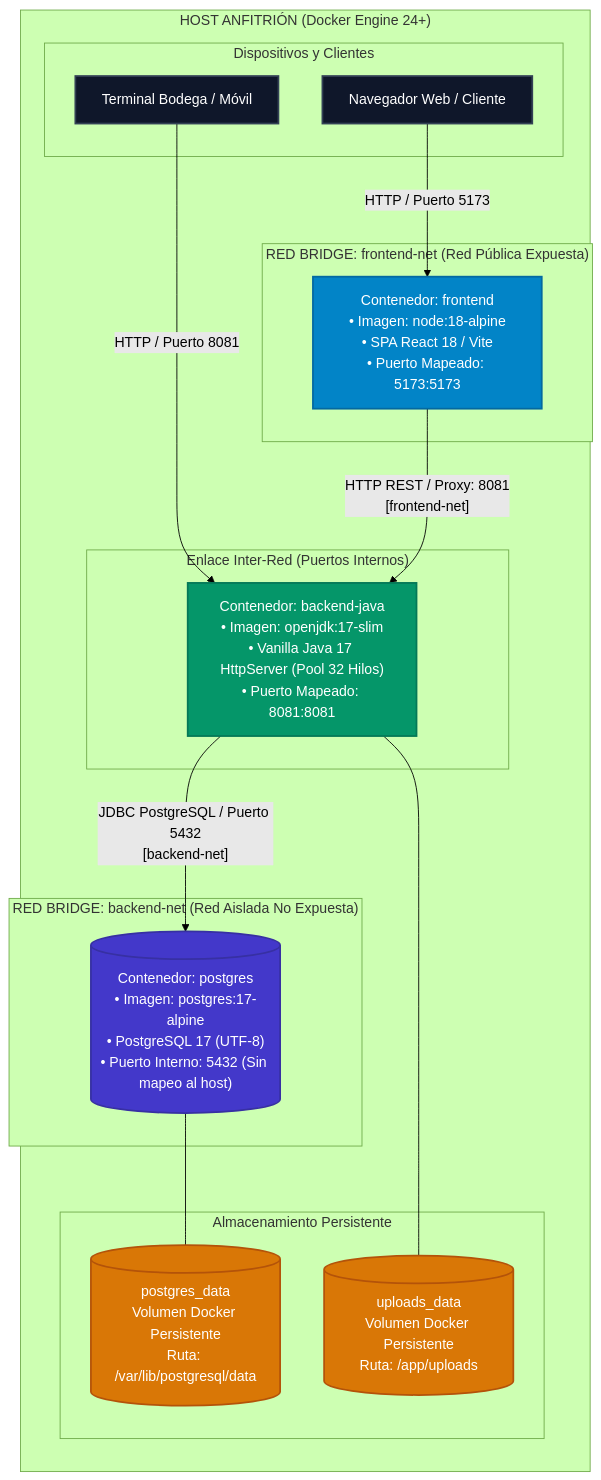
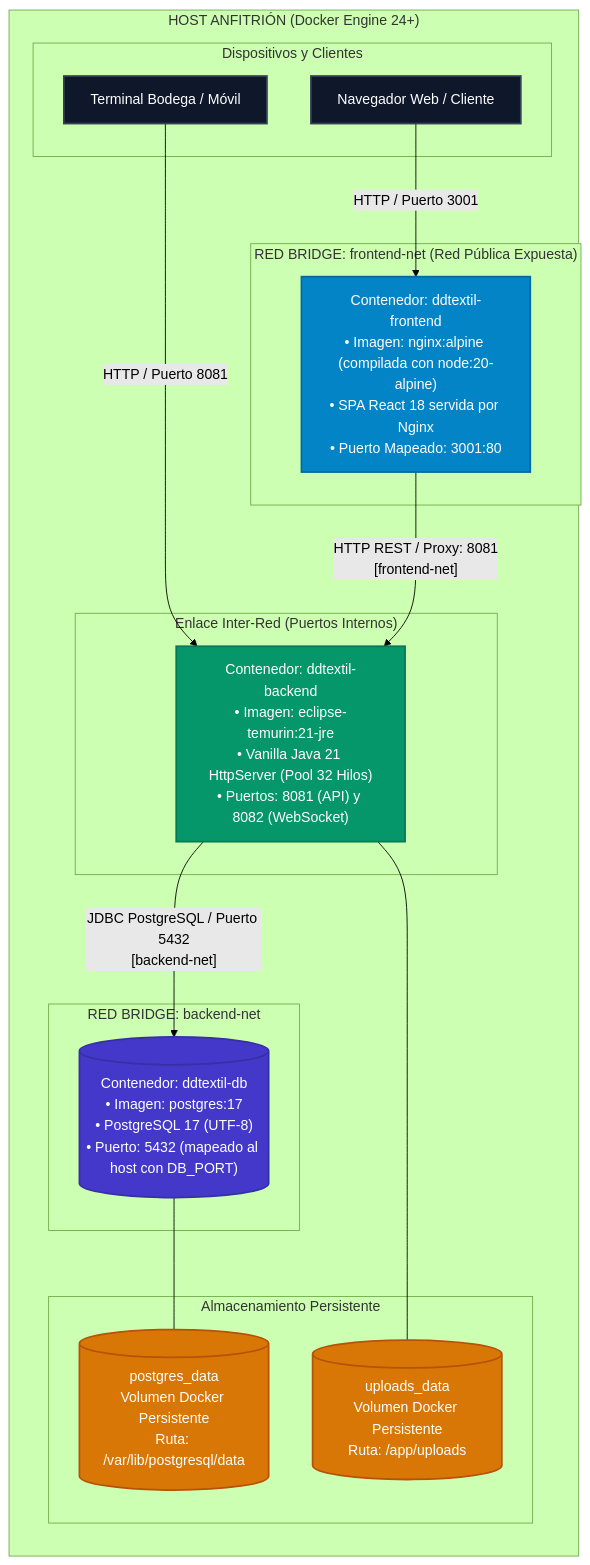
One commit to Jhonmoreno000/PROYECTO-SENA-TIENDA-TEXTIL- changed the diagram in documentacion/06-manual-tecnico-instalacion-y-despliegue.md. Above: the diagram before and after it, drawn with Mermaid (forest theme). The commit also changed other lines of this file and 55 other files, not shown here.

Commit message:
docs: rehacer documentacion, diagramas, contrato OpenAPI y matriz v3 segun el codigo de main (#39)

````diff
--- a/documentacion/06-manual-tecnico-instalacion-y-despliegue.md
+++ b/documentacion/06-manual-tecnico-instalacion-y-despliegue.md
@@ -42,43 +42,43 @@
 ```mermaid
 flowchart TD
     classDef hostStyle fill:#0f172a,stroke:#334155,stroke-width:2px,color:#ffffff,font-family:sans-serif;
     classDef frontStyle fill:#0284c7,stroke:#0369a1,stroke-width:2px,color:#ffffff,font-family:sans-serif;
     classDef backStyle fill:#059669,stroke:#047857,stroke-width:2px,color:#ffffff,font-family:sans-serif;
     classDef dbStyle fill:#4338ca,stroke:#3730a3,stroke-width:2px,color:#ffffff,font-family:sans-serif;
     classDef volStyle fill:#d97706,stroke:#b45309,stroke-width:2px,color:#ffffff,font-family:sans-serif;
 
     subgraph Host ["HOST ANFITRIÓN (Docker Engine 24+)"]
         direction TB
 
         subgraph ClientesExternos ["Dispositivos y Clientes"]
             UserWeb["Navegador Web / Cliente"]:::hostStyle
             UserApp["Terminal Bodega / Móvil"]:::hostStyle
         end
 
         subgraph RedFrontend ["RED BRIDGE: frontend-net (Red Pública Expuesta)"]
-            ContFrontend["Contenedor: frontend<br/>• Imagen: node:18-alpine<br/>• SPA React 18 / Vite<br/>• Puerto Mapeado: 5173:5173"]:::frontStyle
+            ContFrontend["Contenedor: ddtextil-frontend<br/>• Imagen: nginx:alpine (compilada con node:20-alpine)<br/>• SPA React 18 servida por Nginx<br/>• Puerto Mapeado: 3001:80"]:::frontStyle
         end
 
         subgraph RedesCompartidas ["Enlace Inter-Red (Puertos Internos)"]
-            ContBackend["Contenedor: backend-java<br/>• Imagen: openjdk:17-slim<br/>• Vanilla Java 17 HttpServer (Pool 32 Hilos)<br/>• Puerto Mapeado: 8081:8081"]:::backStyle
+            ContBackend["Contenedor: ddtextil-backend<br/>• Imagen: eclipse-temurin:21-jre<br/>• Vanilla Java 21 HttpServer (Pool 32 Hilos)<br/>• Puertos: 8081 (API) y 8082 (WebSocket)"]:::backStyle
         end
 
-        subgraph RedBackend ["RED BRIDGE: backend-net (Red Aislada No Expuesta)"]
-            ContPostgres[("Contenedor: postgres<br/>• Imagen: postgres:17-alpine<br/>• PostgreSQL 17 (UTF-8)<br/>• Puerto Interno: 5432 (Sin mapeo al host)")]:::dbStyle
+        subgraph RedBackend ["RED BRIDGE: backend-net"]
+            ContPostgres[("Contenedor: ddtextil-db<br/>• Imagen: postgres:17<br/>• PostgreSQL 17 (UTF-8)<br/>• Puerto: 5432 (mapeado al host con DB_PORT)")]:::dbStyle
         end
 
         subgraph VolumenesDocker ["Almacenamiento Persistente"]
             VolData[("postgres_data<br/>Volumen Docker Persistente<br/>Ruta: /var/lib/postgresql/data")]:::volStyle
             VolUploads[("uploads_data<br/>Volumen Docker Persistente<br/>Ruta: /app/uploads")]:::volStyle
         end
     end
 
-    UserWeb -->|"HTTP / Puerto 5173"| ContFrontend
+    UserWeb -->|"HTTP / Puerto 3001"| ContFrontend
     UserApp -->|"HTTP / Puerto 8081"| ContBackend
 
     ContFrontend -->|"HTTP REST / Proxy: 8081<br/>[frontend-net]"| ContBackend
     ContBackend -->|"JDBC PostgreSQL / Puerto 5432<br/>[backend-net]"| ContPostgres
 
     ContPostgres --- VolData
     ContBackend --- VolUploads
 ```
````
